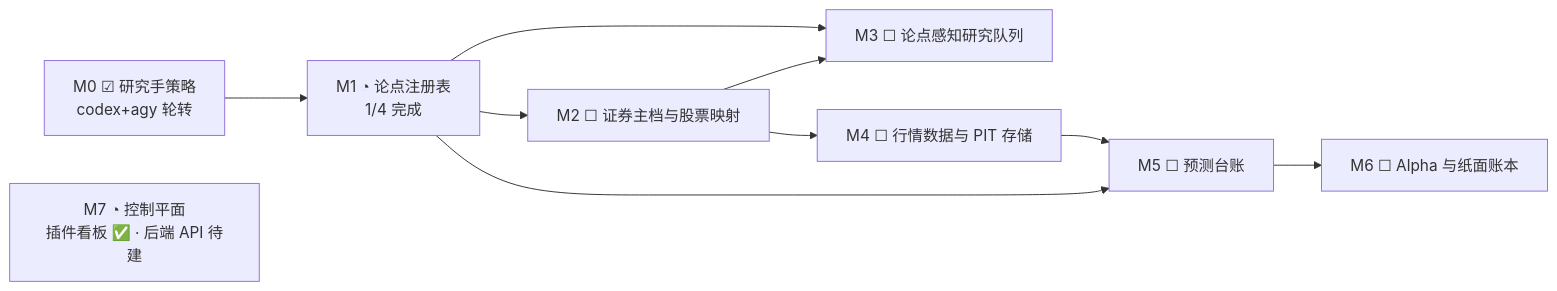
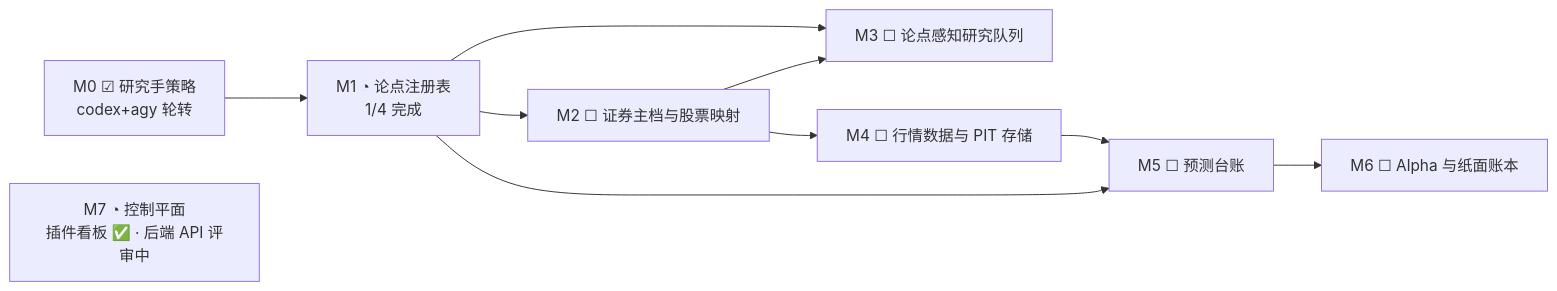
The first of 2 diagrams in README.zh-CN.md (dmquant/institute-one), drawn with Mermaid before and after one commit. The commit also changed other lines of this file and 2 other files, not shown here.

Commit message:
Refresh roadmap execution-map diagrams for M7-001
Board is now 16 cards: 3 done, 1 in review (M7-001), 5 ready, 7 inbox.

````diff
--- a/README.zh-CN.md
+++ b/README.zh-CN.md
@@ -155,15 +155,15 @@
 ```mermaid
 flowchart LR
     M0["M0 ☑ 研究手策略<br/>codex+agy 轮转"]
     M1["M1 ◔ 论点注册表<br/>1/4 完成"]
     M2["M2 ☐ 证券主档与股票映射"]
     M3["M3 ☐ 论点感知研究队列"]
     M4["M4 ☐ 行情数据与 PIT 存储"]
     M5["M5 ☐ 预测台账"]
     M6["M6 ☐ Alpha 与纸面账本"]
-    M7["M7 ◔ 控制平面<br/>插件看板 ✅ · 后端 API 待建"]
+    M7["M7 ◔ 控制平面<br/>插件看板 ✅ · 后端 API 评审中"]
     M0 --> M1 --> M2
     M1 & M2 --> M3
     M2 --> M4 --> M5 --> M6
     M1 --> M5
 ```
````
